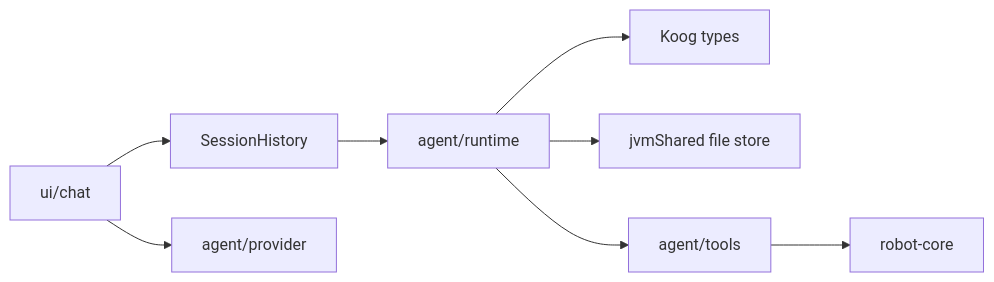
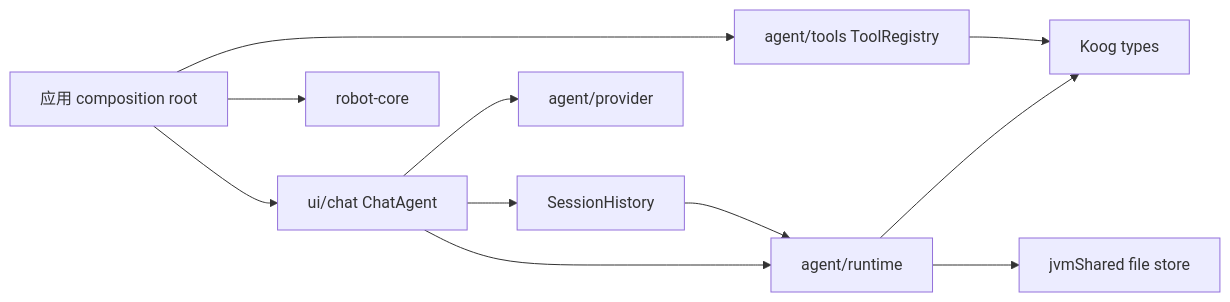
The second of 6 diagrams in docs/agent-runtime-plan.md (elonzh/hanppie), drawn with Mermaid before and after one commit. The commit also changed other lines of this file and 32 other files, not shown here.

First line of the commit message:
docs(agent): 更新工具注册表与 Lab API 设计说明

````diff
--- a/docs/agent-runtime-plan.md
+++ b/docs/agent-runtime-plan.md
@@ -62,10 +62,13 @@
 ```mermaid
 flowchart LR
-    UI[ui/chat] --> API[SessionHistory]
-    API --> RUNTIME[agent/runtime]
+    APP[应用 composition root] --> UI[ui/chat ChatAgent]
+    APP --> TOOLS[agent/tools ToolRegistry]
+    UI --> API[SessionHistory]
+    UI --> RUNTIME[agent/runtime]
+    API --> RUNTIME
     RUNTIME --> KOOG[Koog types]
     RUNTIME --> FILES[jvmShared file store]
     UI --> PROVIDER[agent/provider]
-    RUNTIME --> TOOLS[agent/tools]
-    TOOLS --> ROBOT[robot-core]
+    TOOLS --> KOOG
+    APP --> ROBOT[robot-core]
 ```
````
